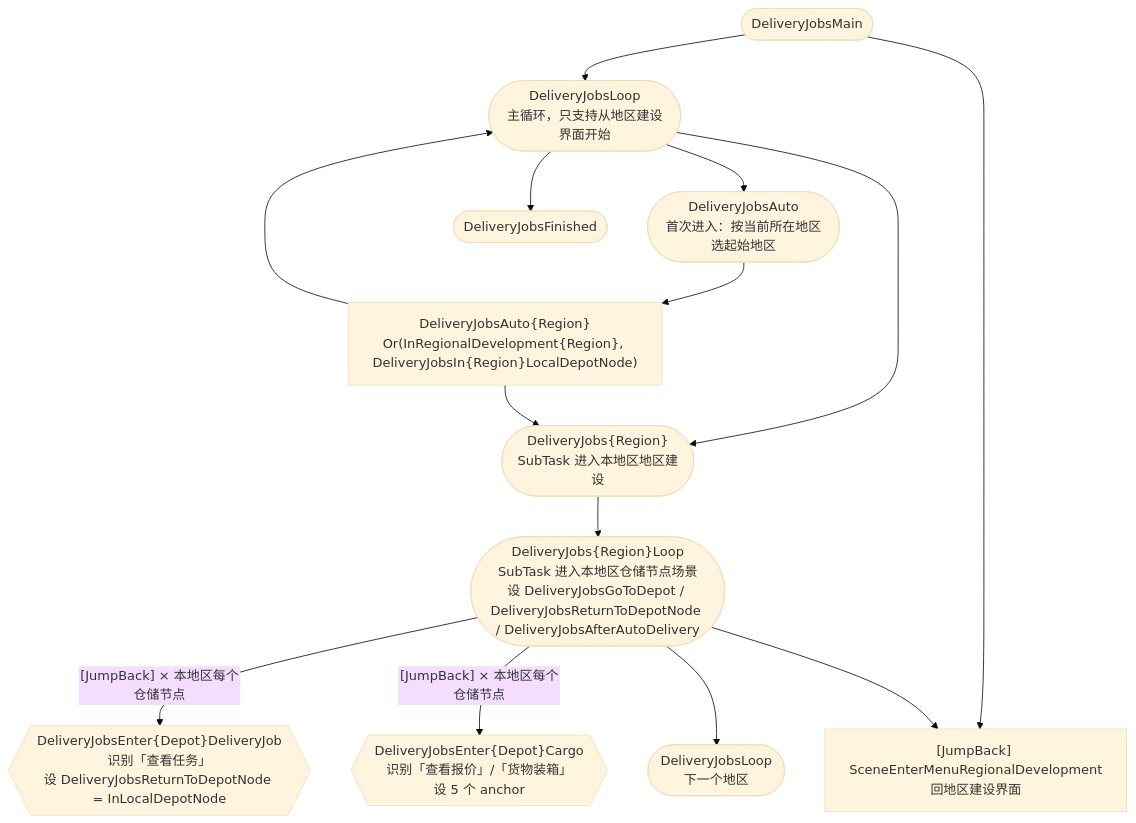
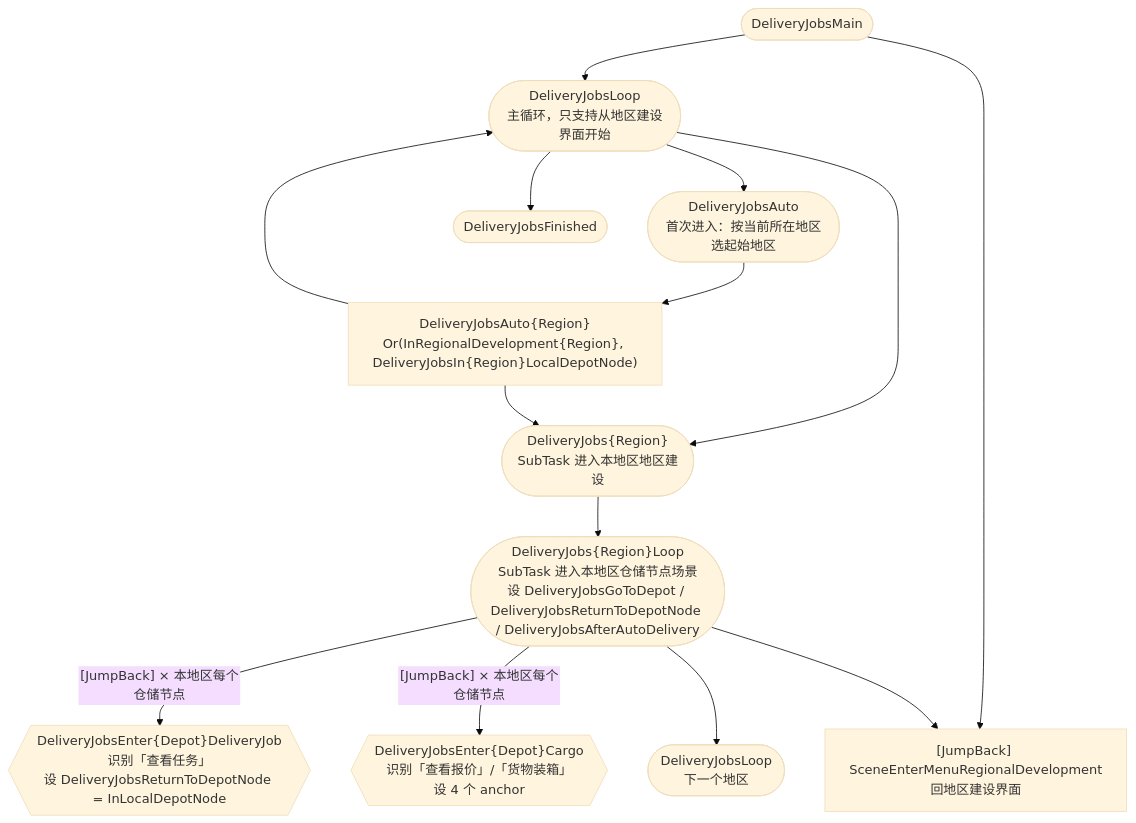
Before and after one commit to MaaEnd/MaaEnd: the first of 6 diagrams in docs/zh_cn/developers/tasks/delivery-jobs-maintain.md, drawn with Mermaid (base theme). The commit also changed other lines of this file and 13 other files, not shown here.

First line of the commit message:
refactor(DeliveryJobs): 生成器抽出公共常量，报价默认阈值按地区取值

````diff
--- a/docs/zh_cn/developers/tasks/delivery-jobs-maintain.md
+++ b/docs/zh_cn/developers/tasks/delivery-jobs-maintain.md
@@ -26,16 +27,16 @@
 ```mermaid
 flowchart TD
     Main(["DeliveryJobsMain"]) --> Loop(["DeliveryJobsLoop\n主循环，只支持从地区建设界面开始"])
     Main --> Menu["[JumpBack] SceneEnterMenuRegionalDevelopment\n回地区建设界面"]
     Loop --> Auto(["DeliveryJobsAuto\n首次进入：按当前所在地区选起始地区"])
     Loop --> RTask(["DeliveryJobs{Region}\nSubTask 进入本地区地区建设"])
     Loop --> Fin(["DeliveryJobsFinished"])
     Auto --> RAuto["DeliveryJobsAuto{Region}\nOr(InRegionalDevelopment{Region}, DeliveryJobsIn{Region}LocalDepotNode)"]
     RAuto --> RTask
     RAuto --> Loop
     RTask --> RLoop(["DeliveryJobs{Region}Loop\nSubTask 进入本地区仓储节点场景\n设 DeliveryJobsGoToDepot / DeliveryJobsReturnToDepotNode / DeliveryJobsAfterAutoDelivery"])
     RLoop -->|"[JumpBack] × 本地区每个仓储节点"| EJob{{"DeliveryJobsEnter{Depot}DeliveryJob\n识别「查看任务」\n设 DeliveryJobsReturnToDepotNode = InLocalDepotNode"}}
-    RLoop -->|"[JumpBack] × 本地区每个仓储节点"| ECargo{{"DeliveryJobsEnter{Depot}Cargo\n识别「查看报价」/「货物装箱」\n设 5 个 anchor"}}
+    RLoop -->|"[JumpBack] × 本地区每个仓储节点"| ECargo{{"DeliveryJobsEnter{Depot}Cargo\n识别「查看报价」/「货物装箱」\n设 4 个 anchor"}}
     RLoop --> Next(["DeliveryJobsLoop\n下一个地区"])
     RLoop --> Menu
 ```
````
